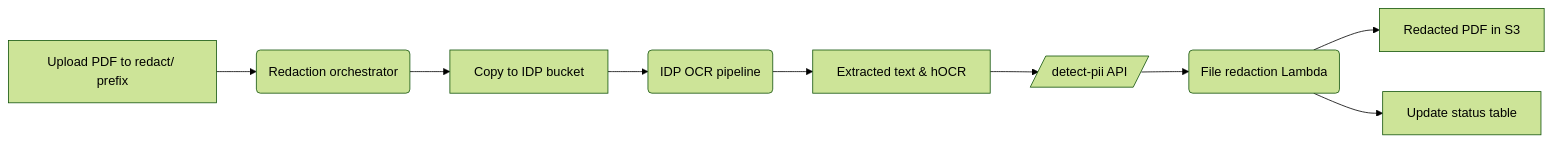
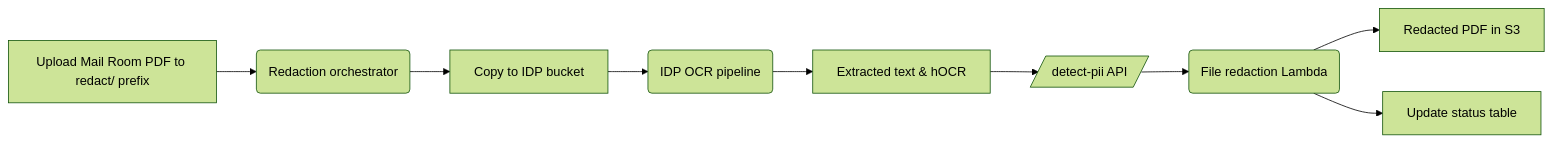
Before and after one commit to ksinha49/ai-workloads: the diagram in use-cases/mail-room-redaction/README.md, drawn with Mermaid (forest theme). The commit also changed other lines of this file, not shown here.

````diff
--- a/use-cases/mail-room-redaction/README.md
+++ b/use-cases/mail-room-redaction/README.md
@@ -10,11 +10,11 @@
 ```mermaid
 flowchart LR
-    A["Upload PDF to redact/ prefix"] --> B(Redaction orchestrator)
+    A["Upload Mail Room PDF to redact/ prefix"] --> B(Redaction orchestrator)
     B --> C[Copy to IDP bucket]
     C --> D(IDP OCR pipeline)
     D --> E[Extracted text & hOCR]
     E --> F[/detect-pii API/]
     F --> G(File redaction Lambda)
     G --> H[Redacted PDF in S3]
     G --> I[Update status table]
 ```
````
